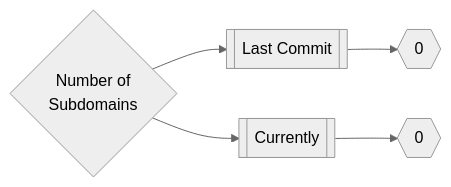
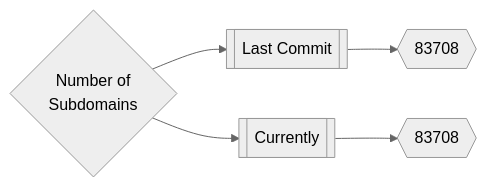
The first of 3 diagrams in README.md (trickest/inventory), drawn with Mermaid (neutral theme) before and after one commit. The commit also changed other lines of this file and 440 other files, not shown here.

````diff
--- a/README.md
+++ b/README.md
@@ -165,5 +165,5 @@
 ```mermaid
 graph LR
-title{Number of<br>Subdomains} --> subdomainsDate1[[Last Commit]] --> subdomainsNum1{{0}}
-title --> subdomainsDate2[[Currently]] --> subdomainsNum2{{0}}
+title{Number of<br>Subdomains} --> subdomainsDate1[[Last Commit]] --> subdomainsNum1{{83708}}
+title --> subdomainsDate2[[Currently]] --> subdomainsNum2{{83708}}
 ```
````
